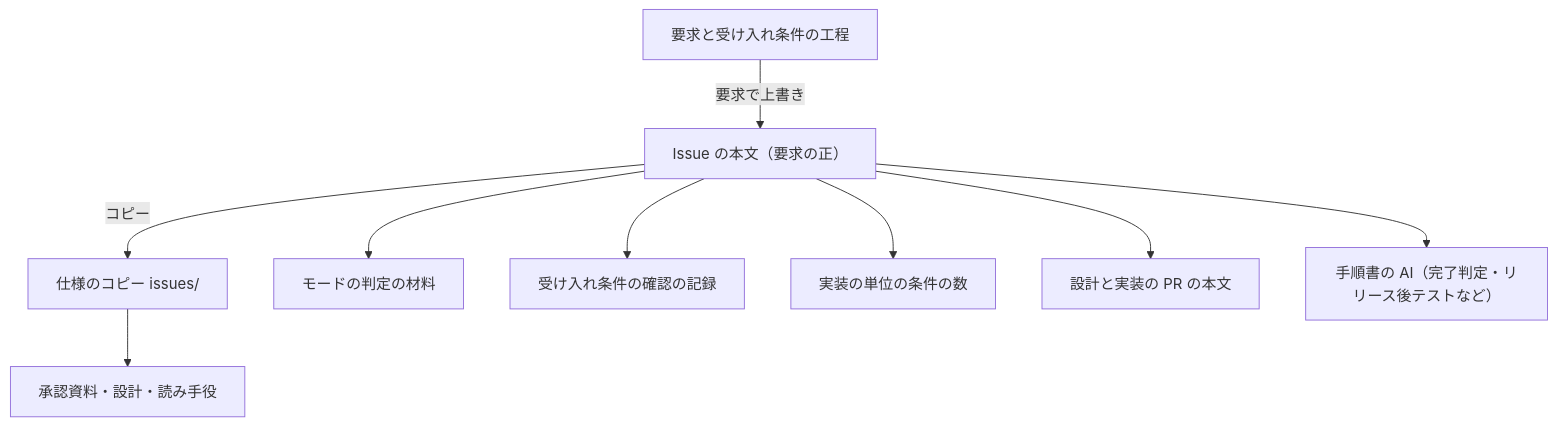
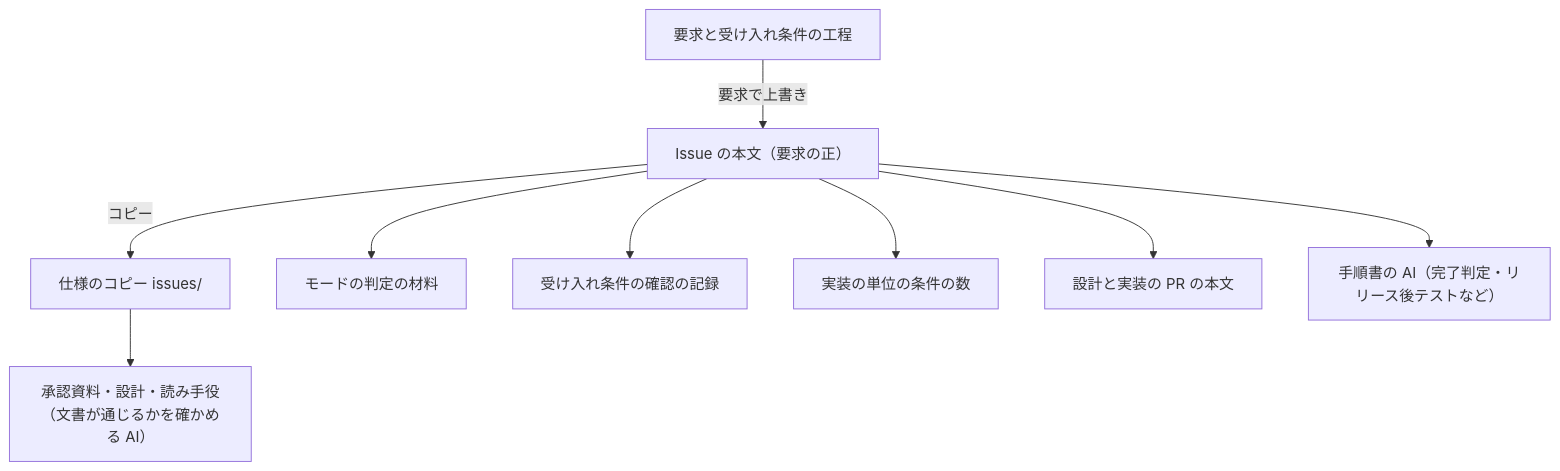
The first of 4 diagrams in issues/issue-4735-design.md (devbasex/ai-plugins), drawn with Mermaid before and after one commit. The commit also changed other lines of this file, not shown here.

````diff
--- a/issues/issue-4735-design.md
+++ b/issues/issue-4735-design.md
@@ -9,11 +9,11 @@
 ```mermaid
 graph TD
   R["要求と受け入れ条件の工程"] -->|"要求で上書き"| B["Issue の本文（要求の正）"]
   B -->|"コピー"| C["仕様のコピー issues/"]
   B --> M["モードの判定の材料"]
   B --> A["受け入れ条件の確認の記録"]
   B --> U["実装の単位の条件の数"]
   B --> P["設計と実装の PR の本文"]
   B --> H["手順書の AI（完了判定・リリース後テストなど）"]
-  C --> G["承認資料・設計・読み手役"]
+  C --> G["承認資料・設計・読み手役（文書が通じるかを確かめる AI）"]
 ```
````
